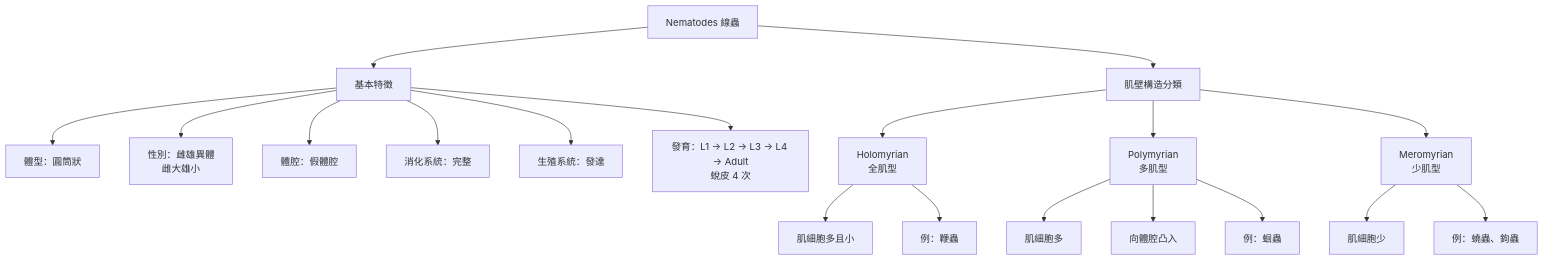
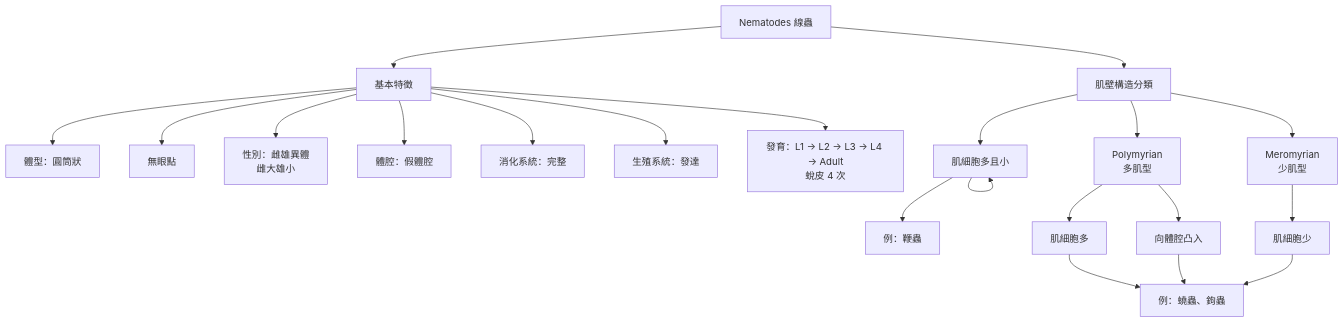
Before and after one commit to xenocgytjp/parasite-graph: the diagram in 綜論.md, drawn with Mermaid.

````diff
--- a/綜論.md
+++ b/綜論.md
@@ -59,30 +59,32 @@
 ```mermaid
 flowchart TD
 
 A[Nematodes 線蟲]
 
 %% ===== 基本特徵 =====
 A --> B[基本特徵]
 B --> B1[體型：圓筒狀]
-B --> B2[性別：雌雄異體<br/>雌大雄小]
-B --> B3[體腔：假體腔]
-B --> B4[消化系統：完整]
-B --> B5[生殖系統：發達]
-B --> B6[發育：L1 → L2 → L3 → L4 → Adult<br/>蛻皮 4 次]
+B --> B2[無眼點]
+B --> B3[性別：雌雄異體<br/>雌大雄小]
+B --> B4[體腔：假體腔]
+B --> B5[消化系統：完整]
+B --> B6[生殖系統：發達]
+B --> B7[發育：L1 → L2 → L3 → L4 → Adult<br/>蛻皮 4 次]
 
 %% ===== 肌壁分類 =====
 A --> C[肌壁構造分類]
 
 C --> C1[Holomyrian<br/>全肌型]
-C1 --> C1a[肌細胞多且小]
-C1 --> C1b[例：鞭蟲]
+C1 --> C1[肌細胞多且小]
+C1 --> C1a[例：鞭蟲]
 
 C --> C2[Polymyrian<br/>多肌型]
 C2 --> C2a[肌細胞多]
 C2 --> C2b[向體腔凸入]
-C2 --> C2c[例：蛔蟲]
+C2a --> C3b[例：蛔蟲]
+C2b --> C3b[例：蛔蟲]
 
 C --> C3[Meromyrian<br/>少肌型]
 C3 --> C3a[肌細胞少]
-C3 --> C3b[例：蟯蟲、鉤蟲]
+C3a --> C3b[例：蟯蟲、鉤蟲]
 ```
````
